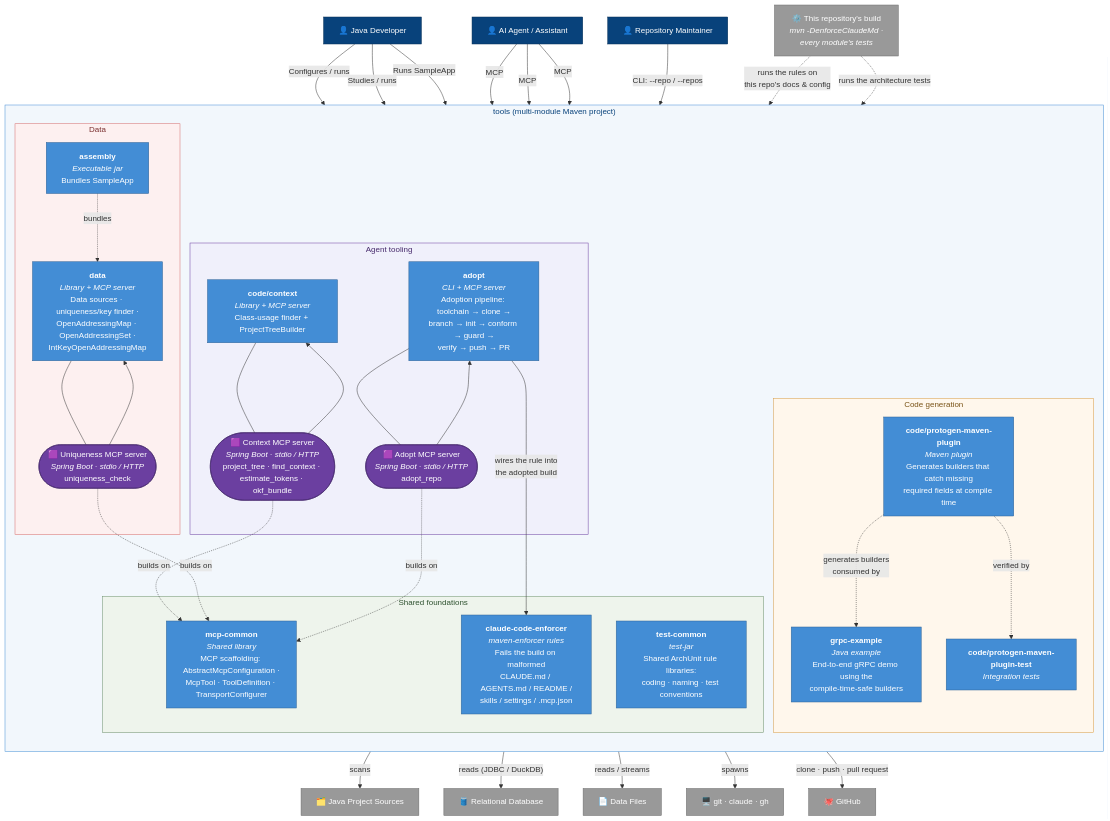
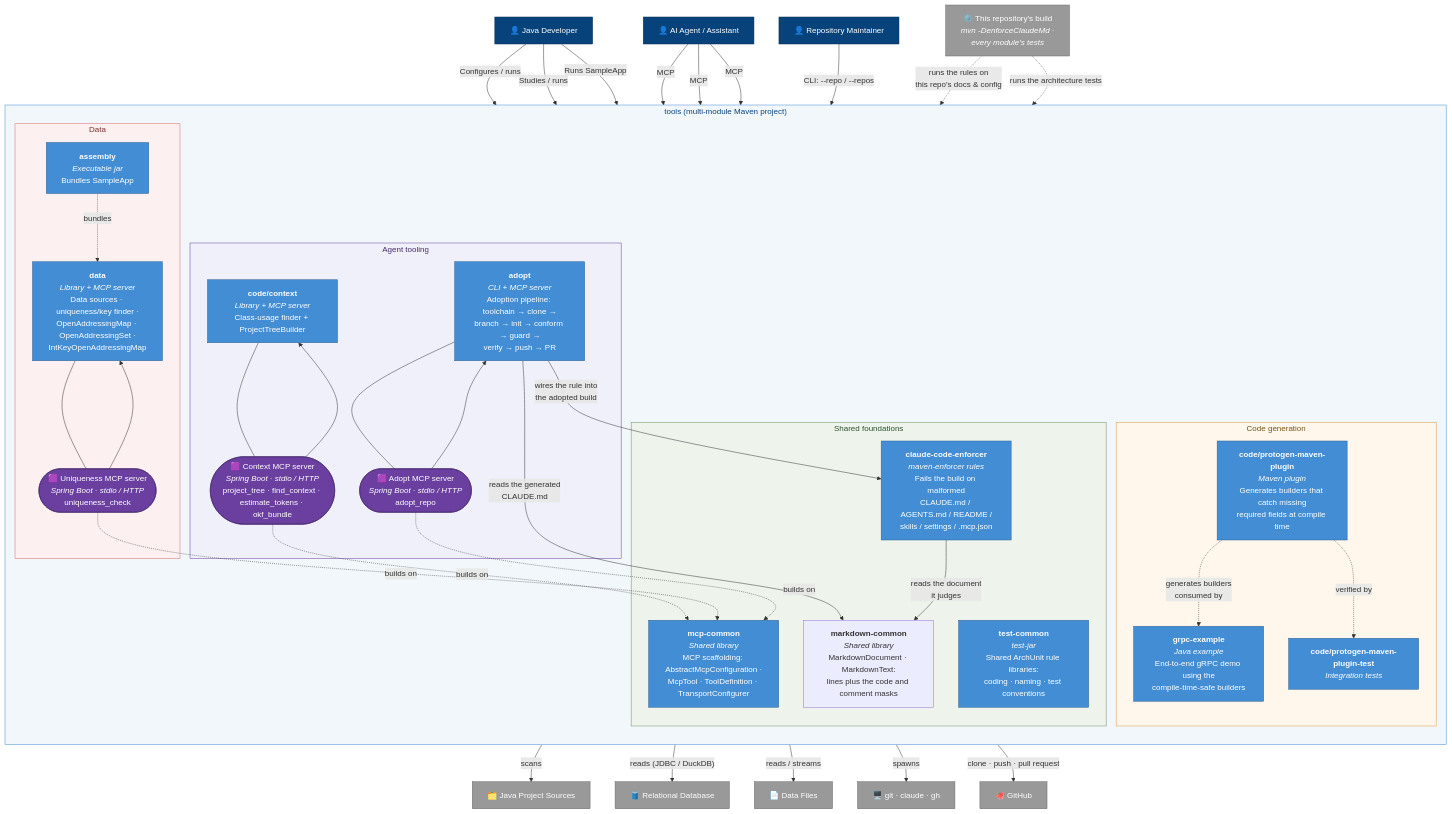
One commit to adamw7/tools changed the second of 10 diagrams in docs/c4-architecture.md. Above: the diagram before and after it, drawn with Mermaid. The commit also changed other lines of this file and 60 other files, not shown here.

First line of the commit message:
refactor(markdown-common): share one Markdown reader between the enforcer and adopt (#584)

```diff
--- a/docs/c4-architecture.md
+++ b/docs/c4-architecture.md
@@ -98,6 +98,7 @@
 
         subgraph shared ["Shared foundations"]
             enforcer["<b>claude-code-enforcer</b><br/><i>maven-enforcer rules</i><br/>Fails the build on malformed<br/>CLAUDE.md / AGENTS.md / README /<br/>skills / settings / .mcp.json"]
+            markdownCommon["<b>markdown-common</b><br/><i>Shared library</i><br/>MarkdownDocument · MarkdownText:<br/>lines plus the code and comment masks"]
             testCommon["<b>test-common</b><br/><i>test-jar</i><br/>Shared ArchUnit rule libraries:<br/>coding · naming · test conventions"]
             mcpCommon["<b>mcp-common</b><br/><i>Shared library</i><br/>MCP scaffolding: AbstractMcpConfiguration ·<br/>McpTool · ToolDefinition · TransportConfigurer"]
         end
@@ -155,6 +156,8 @@
     ownBuild -.->|"runs the architecture tests"| testCommon
 
     adopt -->|"wires the rule into<br/>the adopted build"| enforcer
+    adopt -->|"reads the generated<br/>CLAUDE.md"| markdownCommon
+    enforcer -->|"reads the document<br/>it judges"| markdownCommon
     context -->|"scans"| projectSrc
     data -->|"reads (JDBC / DuckDB)"| db
     data -->|"reads / streams"| files
```
